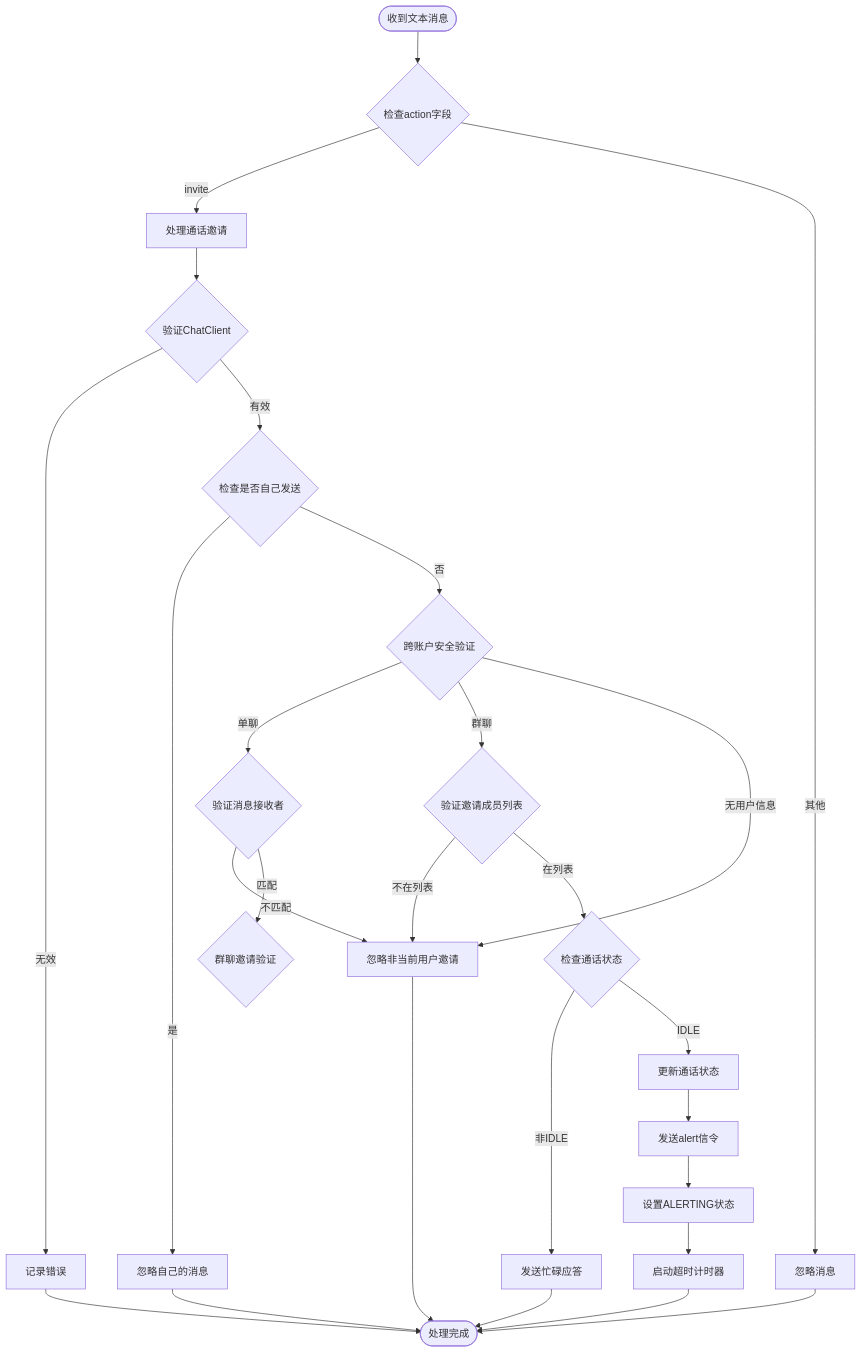
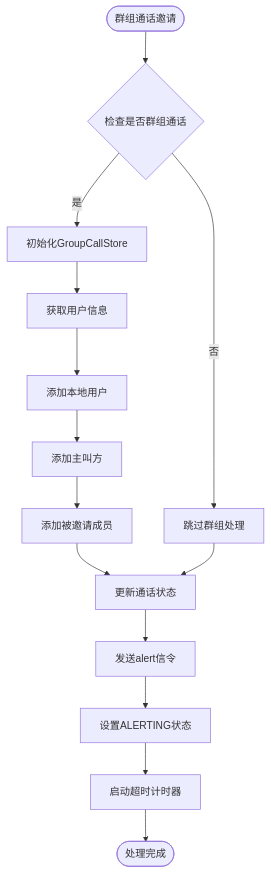
Before and after one commit to Easemob-Community/easemob-uikit-callkit-vue3: the seventh of 16 diagrams in .qoder/repowiki/zh/content/组合式 API/监听器管理 API.md, drawn with Mermaid. The commit also changed other lines of this file and 54 other files, not shown here.

````diff
--- a/.qoder/repowiki/zh/content/组合式 API/监听器管理 API.md
+++ b/.qoder/repowiki/zh/content/组合式 API/监听器管理 API.md
@@ -261,29 +360,16 @@
 ```mermaid
 flowchart TD
-Start([收到文本消息]) --> CheckAction{检查action字段}
-CheckAction --> |invite| HandleInvitation[处理通话邀请]
-CheckAction --> |其他| Ignore[忽略消息]
-HandleInvitation --> ValidateClient{验证ChatClient}
-ValidateClient --> |无效| LogError[记录错误]
-ValidateClient --> |有效| CheckSelf{检查是否自己发送}
-CheckSelf --> |是| IgnoreSelf[忽略自己的消息]
-CheckSelf --> |否| CheckUser{跨账户安全验证}
-CheckUser --> |单聊| CheckReceiver{验证消息接收者}
-CheckReceiver --> |不匹配| IgnoreUser[忽略非当前用户邀请]
-CheckReceiver --> |匹配| CheckGroup{群聊邀请验证}
-CheckUser --> |群聊| CheckInvited{验证邀请成员列表}
-CheckInvited --> |不在列表| IgnoreUser
-CheckInvited --> |在列表| CheckStatus{检查通话状态}
-CheckUser --> |无用户信息| IgnoreUser
-CheckStatus --> |非IDLE| SendBusy[发送忙碌应答]
-CheckStatus --> |IDLE| UpdateState[更新通话状态]
+Start([群组通话邀请]) --> CheckGroup{检查是否群组通话}
+CheckGroup --> |是| InitGroupCallStore[初始化GroupCallStore]
+CheckGroup --> |否| Skip[跳过群组处理]
+InitGroupCallStore --> GetUserInfo[获取用户信息]
+GetUserInfo --> AddLocal[添加本地用户]
+AddLocal --> AddCaller[添加主叫方]
+AddCaller --> AddInvited[添加被邀请成员]
+AddInvited --> UpdateState[更新通话状态]
+Skip --> UpdateState
 UpdateState --> SendAlert[发送alert信令]
 SendAlert --> SetAlerting[设置ALERTING状态]
 SetAlerting --> StartTimer[启动超时计时器]
 StartTimer --> End([处理完成])
-IgnoreSelf --> End
-IgnoreUser --> End
-SendBusy --> End
-LogError --> End
-Ignore --> End
 ```
````
